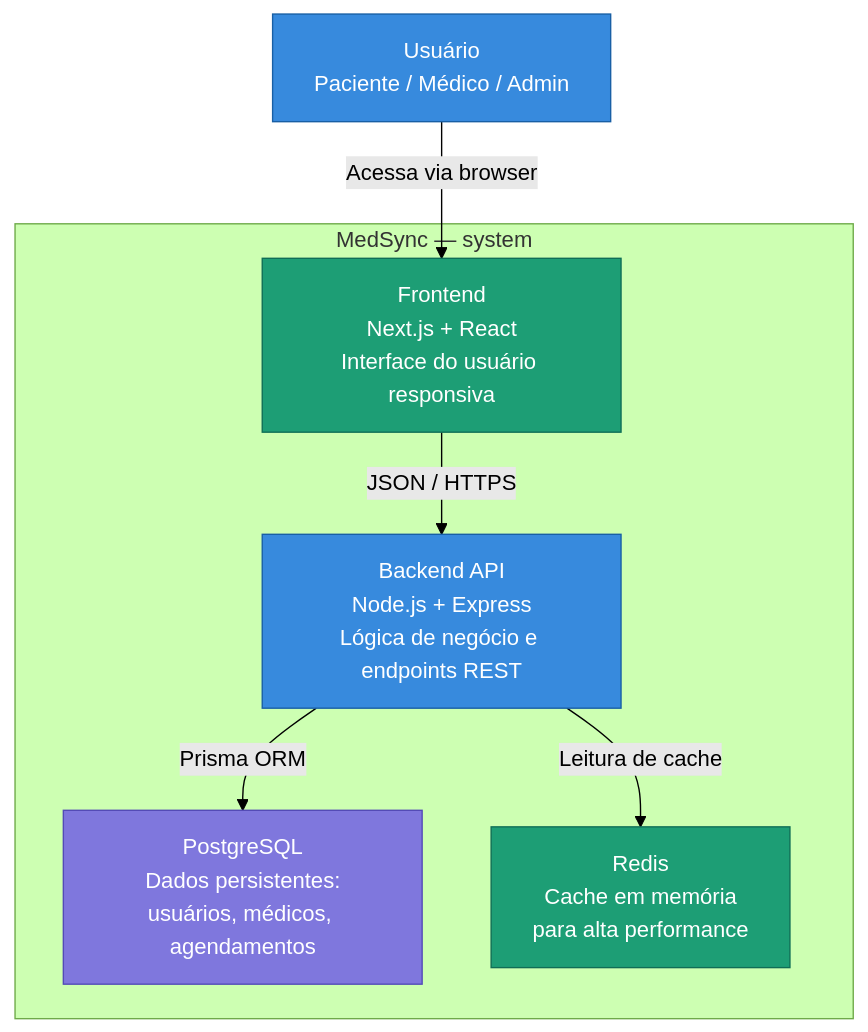
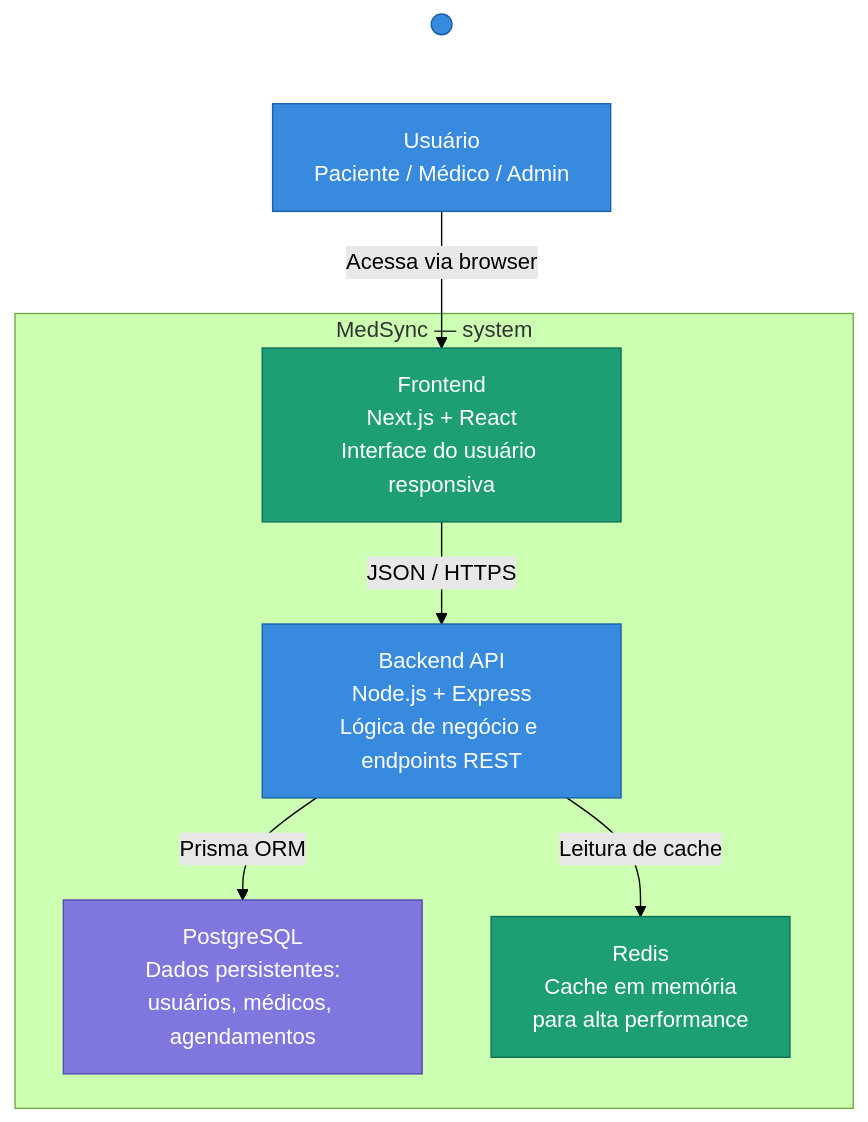
Before and after one commit to vitorbansen/Portifolio-MedSync: the fifth of 8 diagrams in README.md, drawn with Mermaid (forest theme). The commit also changed other lines of this file, not shown here.

````diff
--- a/README.md
+++ b/README.md
@@ -401,22 +424,27 @@
 ```mermaid
 graph TB
+    UC((" "))
     U["Usuário\nPaciente / Médico / Admin"]
+    UC --- U
 
     subgraph MedSync ["MedSync — system"]
         FE["Frontend\nNext.js + React\nInterface do usuário responsiva"]
         BE["Backend API\nNode.js + Express\nLógica de negócio e endpoints REST"]
         DB["PostgreSQL\nDados persistentes:\nusuários, médicos, agendamentos"]
         CACHE["Redis\nCache em memória\npara alta performance"]
     end
 
     U -->|"Acessa via browser"| FE
     FE -->|"JSON / HTTPS"| BE
     BE -->|"Prisma ORM"| DB
     BE -->|"Leitura de cache"| CACHE
 
+    linkStyle 0 stroke:none
+
+    style UC fill:#378ADD,stroke:#185FA5,color:#378ADD
     style U fill:#378ADD,color:#fff,stroke:#185FA5
     style FE fill:#1D9E75,color:#fff,stroke:#0F6E56
     style BE fill:#378ADD,color:#fff,stroke:#185FA5
     style DB fill:#7F77DD,color:#fff,stroke:#534AB7
     style CACHE fill:#1D9E75,color:#fff,stroke:#0F6E56
 ```
````
